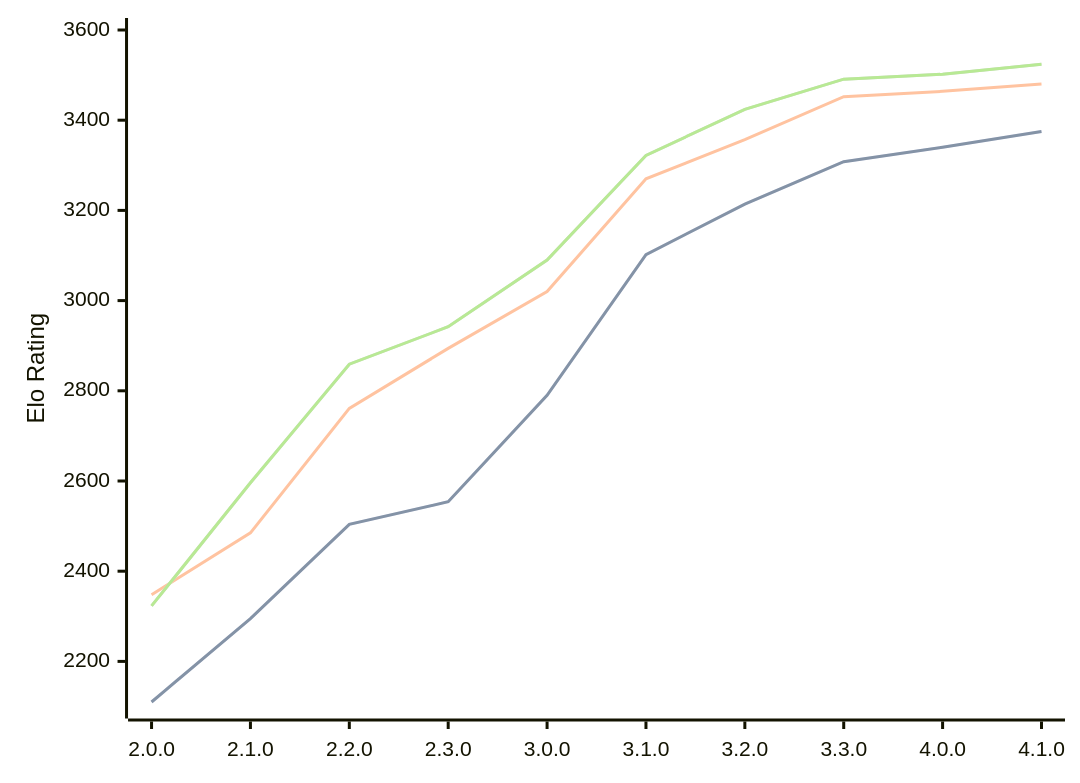
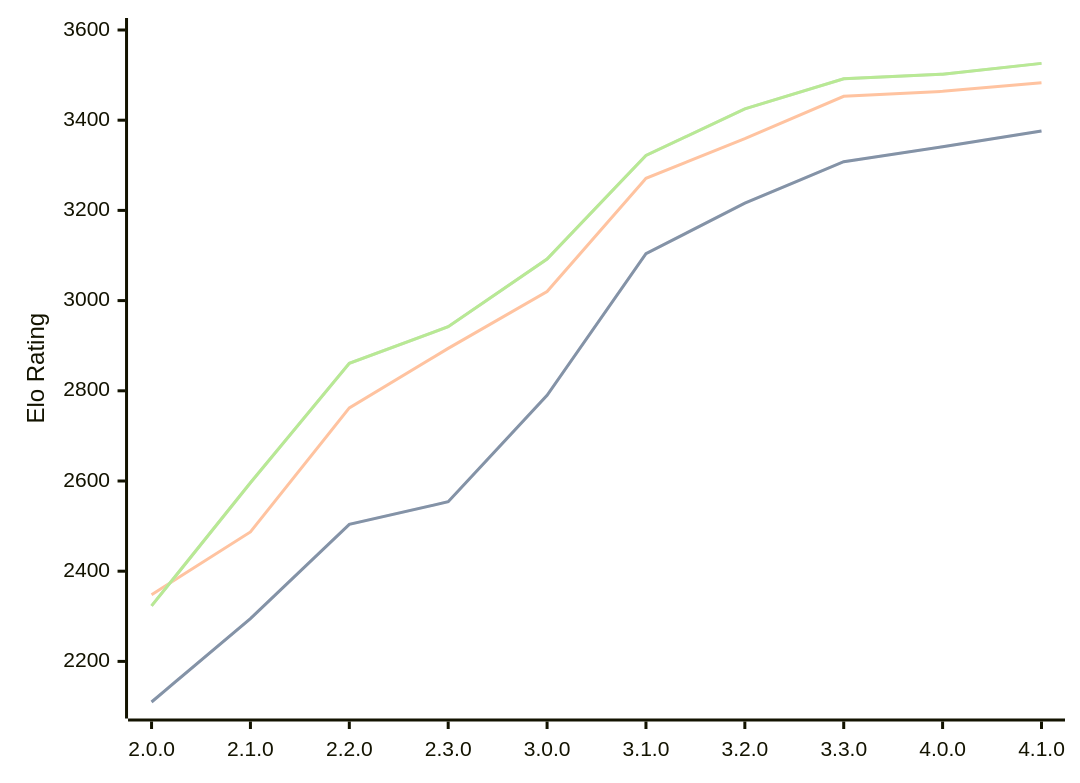
Before and after one commit to computer-chess-index/cci: the first of 3 diagrams in engines/Raphael.md, drawn with Mermaid. The commit also changed other lines of this file, not shown here.

Commit message:
Update CCI Ratings (ELO VLTC) - 2026-06-22

````diff
--- a/engines/Raphael.md
+++ b/engines/Raphael.md
@@ -52,11 +52,11 @@
 ```mermaid
 %%{init: {"theme":"base","themeVariables":{"seriesColors:['#a3a3a3','#222221','#faa371']}}}%%
 xychart-beta
   x-axis ["2.0.0", "2.1.0", "2.2.0", "2.3.0", "3.0.0", "3.1.0", "3.2.0", "3.3.0", "4.0.0", "4.1.0"]
   y-axis "Elo Rating" 2100 --> 3600
-  line "STC (8.0+0.08s)" [2110, 2295, 2504, 2554, 2790, 3102, 3214, 3308, 3340, 3375]
-  line "STC (8.0+0.08s)" [2110, 2295, 2504, 2554, 2790, 3102, 3214, 3308, 3340, 3375]
-  line "LTC (60.0+0.60s)" [2348, 2485, 2761, 2894, 3020, 3270, 3357, 3452, 3464, 3480]
-  line "VLTC (2m24s+1.12s)" [2323, 2596, 2859, 2942, 3090, 3322, 3424, 3491, 3502, 3524]
-  line "VLTC (2m24s+1.12s)" [2323, 2596, 2859, 2942, 3090, 3322, 3424, 3491, 3502, 3524]
+  line "STC (8.0+0.08s)" [2110, 2295, 2504, 2554, 2790, 3104, 3216, 3308, 3341, 3376]
+  line "STC (8.0+0.08s)" [2110, 2295, 2504, 2554, 2790, 3104, 3216, 3308, 3341, 3376]
+  line "LTC (60.0+0.60s)" [2348, 2487, 2762, 2894, 3020, 3271, 3359, 3453, 3464, 3483]
+  line "VLTC (2m24s+1.12s)" [2323, 2596, 2861, 2942, 3092, 3322, 3425, 3492, 3502, 3526]
+  line "VLTC (2m24s+1.12s)" [2323, 2596, 2861, 2942, 3092, 3322, 3425, 3492, 3502, 3526]
 ```
````
